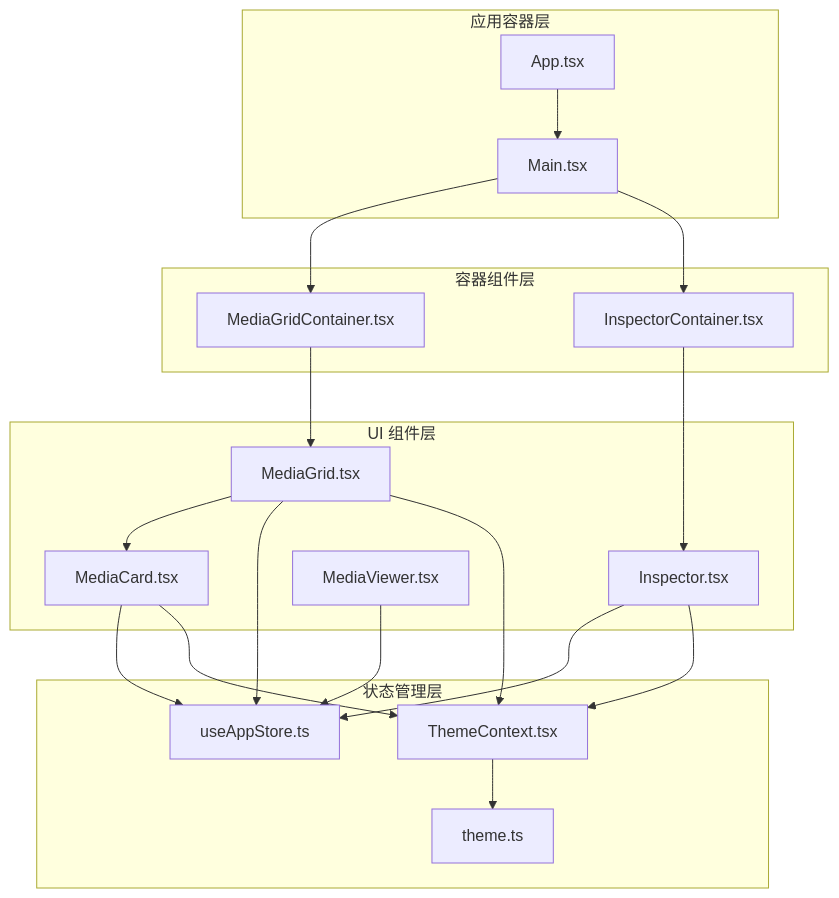
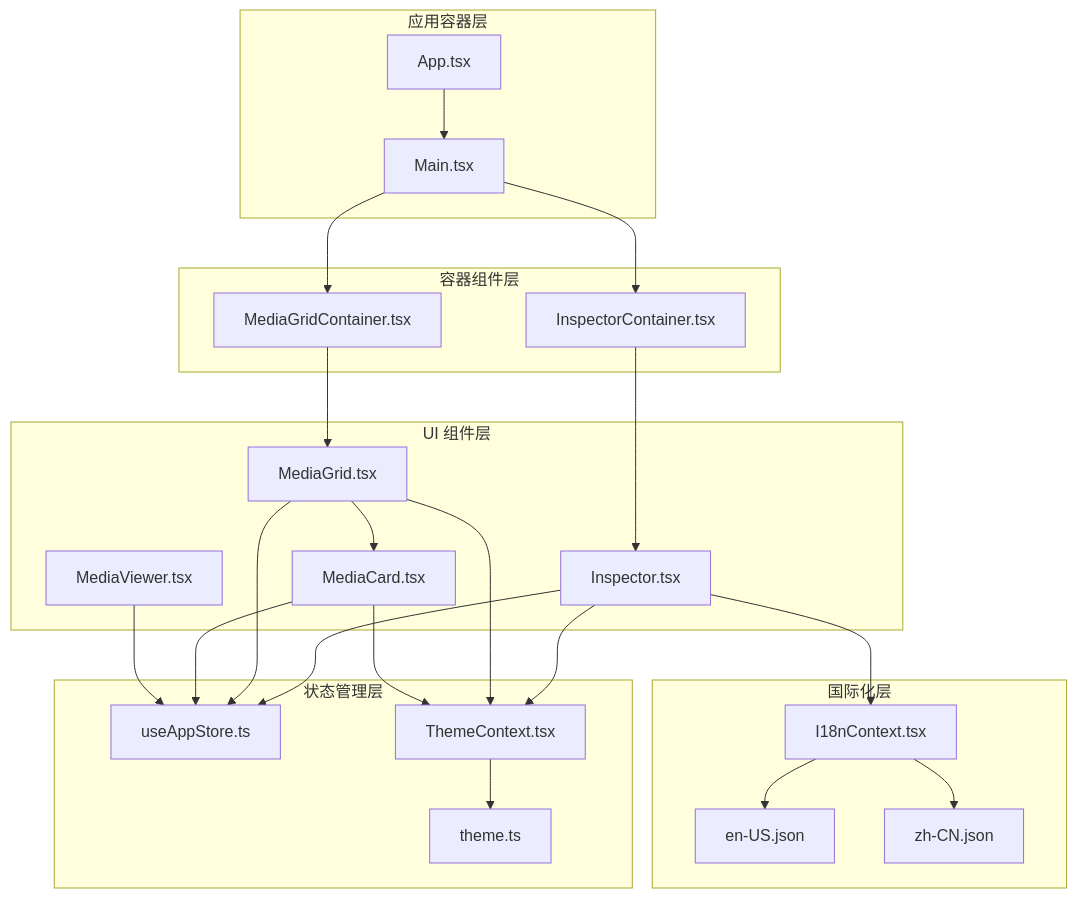
The first of 9 diagrams in repowiki/zh/content/前端开发/UI 组件详解/检查器组件 (Inspector).md (YLee9527/Medex), drawn with Mermaid before and after one commit. The commit also changed other lines of this file and 13 other files, not shown here.

````diff
--- a/repowiki/zh/content/前端开发/UI 组件详解/检查器组件 (Inspector).md
+++ b/repowiki/zh/content/前端开发/UI 组件详解/检查器组件 (Inspector).md
@@ -39,36 +52,44 @@
 ```mermaid
 graph TB
 subgraph "应用容器层"
 App[App.tsx]
 Main[Main.tsx]
+end
+subgraph "国际化层"
+I18nProvider[I18nContext.tsx]
+I18nEn[en-US.json]
+I18nZh[zh-CN.json]
 end
 subgraph "容器组件层"
 InspectorContainer[InspectorContainer.tsx]
 MediaGridContainer[MediaGridContainer.tsx]
 end
 subgraph "UI 组件层"
 Inspector[Inspector.tsx]
 MediaGrid[MediaGrid.tsx]
 MediaCard[MediaCard.tsx]
 MediaViewer[MediaViewer.tsx]
 end
 subgraph "状态管理层"
 Store[useAppStore.ts]
 ThemeContext[ThemeContext.tsx]
 Theme[theme.ts]
 end
 App --> Main
 Main --> MediaGridContainer
 Main --> InspectorContainer
 InspectorContainer --> Inspector
+Inspector --> I18nProvider
+I18nProvider --> I18nEn
+I18nProvider --> I18nZh
 MediaGridContainer --> MediaGrid
 MediaGrid --> MediaCard
 Inspector --> Store
 MediaGrid --> Store
 MediaCard --> Store
 MediaViewer --> Store
 Inspector --> ThemeContext
 MediaGrid --> ThemeContext
 MediaCard --> ThemeContext
 ThemeContext --> Theme
 ```
````
